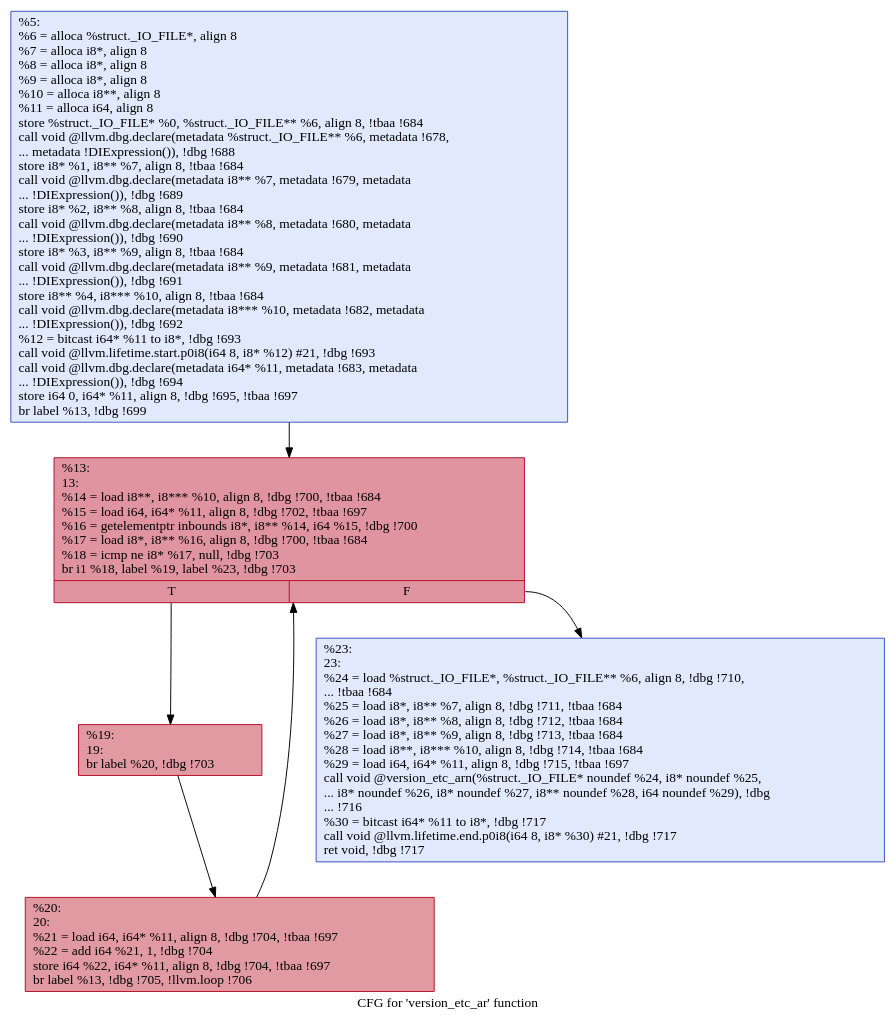
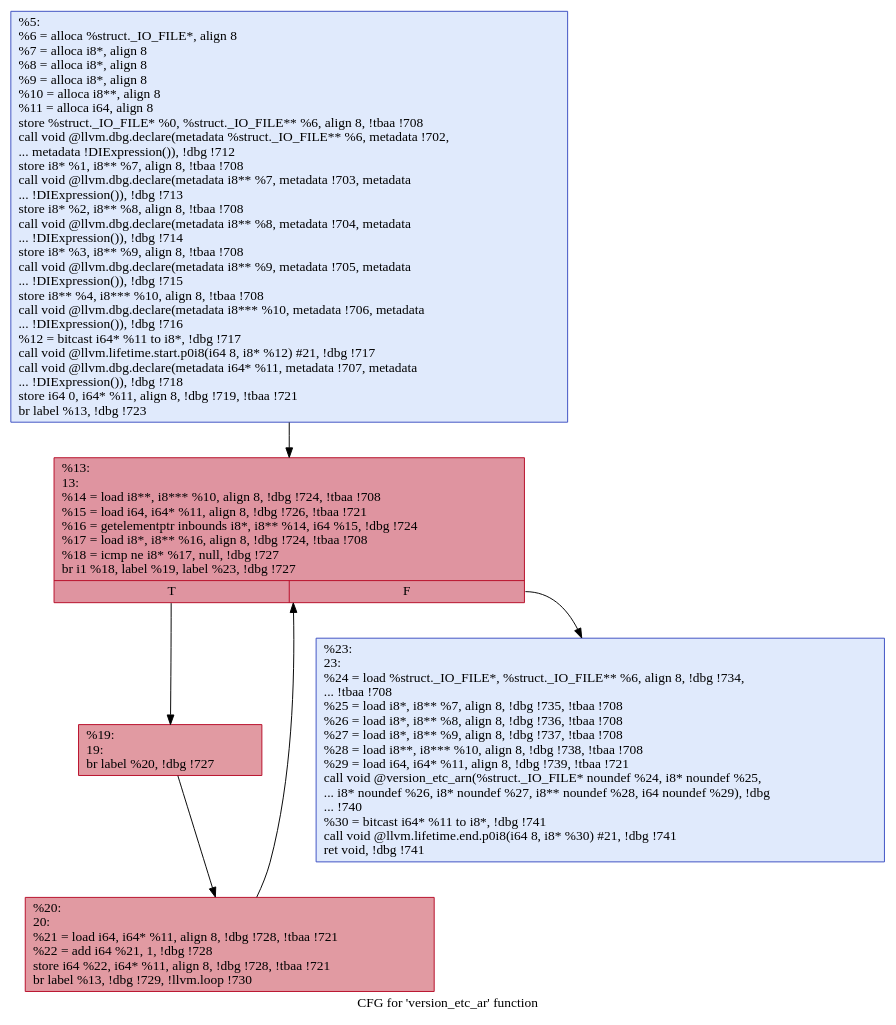
The diagram in src/experiments/coreutils/.version_etc_ar.dot (hmc-alpaqa/metrinome), drawn with Graphviz before and after one commit. The commit also changed 118 other files, not shown here.

```diff
--- a/src/experiments/coreutils/.version_etc_ar.dot
+++ b/src/experiments/coreutils/.version_etc_ar.dot
@@ -1,14 +1,14 @@
 digraph "CFG for 'version_etc_ar' function" {
 	label="CFG for 'version_etc_ar' function";
 
-	Node0x1cde4e0 [shape=record,color="#3d50c3ff", style=filled, fillcolor="#b9d0f970",label="{%5:\l  %6 = alloca %struct._IO_FILE*, align 8\l  %7 = alloca i8*, align 8\l  %8 = alloca i8*, align 8\l  %9 = alloca i8*, align 8\l  %10 = alloca i8**, align 8\l  %11 = alloca i64, align 8\l  store %struct._IO_FILE* %0, %struct._IO_FILE** %6, align 8, !tbaa !684\l  call void @llvm.dbg.declare(metadata %struct._IO_FILE** %6, metadata !678,\l... metadata !DIExpression()), !dbg !688\l  store i8* %1, i8** %7, align 8, !tbaa !684\l  call void @llvm.dbg.declare(metadata i8** %7, metadata !679, metadata\l... !DIExpression()), !dbg !689\l  store i8* %2, i8** %8, align 8, !tbaa !684\l  call void @llvm.dbg.declare(metadata i8** %8, metadata !680, metadata\l... !DIExpression()), !dbg !690\l  store i8* %3, i8** %9, align 8, !tbaa !684\l  call void @llvm.dbg.declare(metadata i8** %9, metadata !681, metadata\l... !DIExpression()), !dbg !691\l  store i8** %4, i8*** %10, align 8, !tbaa !684\l  call void @llvm.dbg.declare(metadata i8*** %10, metadata !682, metadata\l... !DIExpression()), !dbg !692\l  %12 = bitcast i64* %11 to i8*, !dbg !693\l  call void @llvm.lifetime.start.p0i8(i64 8, i8* %12) #21, !dbg !693\l  call void @llvm.dbg.declare(metadata i64* %11, metadata !683, metadata\l... !DIExpression()), !dbg !694\l  store i64 0, i64* %11, align 8, !dbg !695, !tbaa !697\l  br label %13, !dbg !699\l}"];
-	Node0x1cde4e0 -> Node0x1cde560;
-	Node0x1cde560 [shape=record,color="#b70d28ff", style=filled, fillcolor="#b70d2870",label="{%13:\l13:                                               \l  %14 = load i8**, i8*** %10, align 8, !dbg !700, !tbaa !684\l  %15 = load i64, i64* %11, align 8, !dbg !702, !tbaa !697\l  %16 = getelementptr inbounds i8*, i8** %14, i64 %15, !dbg !700\l  %17 = load i8*, i8** %16, align 8, !dbg !700, !tbaa !684\l  %18 = icmp ne i8* %17, null, !dbg !703\l  br i1 %18, label %19, label %23, !dbg !703\l|{<s0>T|<s1>F}}"];
-	Node0x1cde560:s0 -> Node0x1cde5b0;
-	Node0x1cde560:s1 -> Node0x1cde650;
-	Node0x1cde5b0 [shape=record,color="#b70d28ff", style=filled, fillcolor="#bb1b2c70",label="{%19:\l19:                                               \l  br label %20, !dbg !703\l}"];
-	Node0x1cde5b0 -> Node0x1cde600;
-	Node0x1cde600 [shape=record,color="#b70d28ff", style=filled, fillcolor="#bb1b2c70",label="{%20:\l20:                                               \l  %21 = load i64, i64* %11, align 8, !dbg !704, !tbaa !697\l  %22 = add i64 %21, 1, !dbg !704\l  store i64 %22, i64* %11, align 8, !dbg !704, !tbaa !697\l  br label %13, !dbg !705, !llvm.loop !706\l}"];
-	Node0x1cde600 -> Node0x1cde560;
-	Node0x1cde650 [shape=record,color="#3d50c3ff", style=filled, fillcolor="#b9d0f970",label="{%23:\l23:                                               \l  %24 = load %struct._IO_FILE*, %struct._IO_FILE** %6, align 8, !dbg !710,\l... !tbaa !684\l  %25 = load i8*, i8** %7, align 8, !dbg !711, !tbaa !684\l  %26 = load i8*, i8** %8, align 8, !dbg !712, !tbaa !684\l  %27 = load i8*, i8** %9, align 8, !dbg !713, !tbaa !684\l  %28 = load i8**, i8*** %10, align 8, !dbg !714, !tbaa !684\l  %29 = load i64, i64* %11, align 8, !dbg !715, !tbaa !697\l  call void @version_etc_arn(%struct._IO_FILE* noundef %24, i8* noundef %25,\l... i8* noundef %26, i8* noundef %27, i8** noundef %28, i64 noundef %29), !dbg\l... !716\l  %30 = bitcast i64* %11 to i8*, !dbg !717\l  call void @llvm.lifetime.end.p0i8(i64 8, i8* %30) #21, !dbg !717\l  ret void, !dbg !717\l}"];
+	Node0x263cf50 [shape=record,color="#3d50c3ff", style=filled, fillcolor="#b9d0f970",label="{%5:\l  %6 = alloca %struct._IO_FILE*, align 8\l  %7 = alloca i8*, align 8\l  %8 = alloca i8*, align 8\l  %9 = alloca i8*, align 8\l  %10 = alloca i8**, align 8\l  %11 = alloca i64, align 8\l  store %struct._IO_FILE* %0, %struct._IO_FILE** %6, align 8, !tbaa !708\l  call void @llvm.dbg.declare(metadata %struct._IO_FILE** %6, metadata !702,\l... metadata !DIExpression()), !dbg !712\l  store i8* %1, i8** %7, align 8, !tbaa !708\l  call void @llvm.dbg.declare(metadata i8** %7, metadata !703, metadata\l... !DIExpression()), !dbg !713\l  store i8* %2, i8** %8, align 8, !tbaa !708\l  call void @llvm.dbg.declare(metadata i8** %8, metadata !704, metadata\l... !DIExpression()), !dbg !714\l  store i8* %3, i8** %9, align 8, !tbaa !708\l  call void @llvm.dbg.declare(metadata i8** %9, metadata !705, metadata\l... !DIExpression()), !dbg !715\l  store i8** %4, i8*** %10, align 8, !tbaa !708\l  call void @llvm.dbg.declare(metadata i8*** %10, metadata !706, metadata\l... !DIExpression()), !dbg !716\l  %12 = bitcast i64* %11 to i8*, !dbg !717\l  call void @llvm.lifetime.start.p0i8(i64 8, i8* %12) #21, !dbg !717\l  call void @llvm.dbg.declare(metadata i64* %11, metadata !707, metadata\l... !DIExpression()), !dbg !718\l  store i64 0, i64* %11, align 8, !dbg !719, !tbaa !721\l  br label %13, !dbg !723\l}"];
+	Node0x263cf50 -> Node0x263cfd0;
+	Node0x263cfd0 [shape=record,color="#b70d28ff", style=filled, fillcolor="#b70d2870",label="{%13:\l13:                                               \l  %14 = load i8**, i8*** %10, align 8, !dbg !724, !tbaa !708\l  %15 = load i64, i64* %11, align 8, !dbg !726, !tbaa !721\l  %16 = getelementptr inbounds i8*, i8** %14, i64 %15, !dbg !724\l  %17 = load i8*, i8** %16, align 8, !dbg !724, !tbaa !708\l  %18 = icmp ne i8* %17, null, !dbg !727\l  br i1 %18, label %19, label %23, !dbg !727\l|{<s0>T|<s1>F}}"];
+	Node0x263cfd0:s0 -> Node0x263d020;
+	Node0x263cfd0:s1 -> Node0x263d0c0;
+	Node0x263d020 [shape=record,color="#b70d28ff", style=filled, fillcolor="#bb1b2c70",label="{%19:\l19:                                               \l  br label %20, !dbg !727\l}"];
+	Node0x263d020 -> Node0x263d070;
+	Node0x263d070 [shape=record,color="#b70d28ff", style=filled, fillcolor="#bb1b2c70",label="{%20:\l20:                                               \l  %21 = load i64, i64* %11, align 8, !dbg !728, !tbaa !721\l  %22 = add i64 %21, 1, !dbg !728\l  store i64 %22, i64* %11, align 8, !dbg !728, !tbaa !721\l  br label %13, !dbg !729, !llvm.loop !730\l}"];
+	Node0x263d070 -> Node0x263cfd0;
+	Node0x263d0c0 [shape=record,color="#3d50c3ff", style=filled, fillcolor="#b9d0f970",label="{%23:\l23:                                               \l  %24 = load %struct._IO_FILE*, %struct._IO_FILE** %6, align 8, !dbg !734,\l... !tbaa !708\l  %25 = load i8*, i8** %7, align 8, !dbg !735, !tbaa !708\l  %26 = load i8*, i8** %8, align 8, !dbg !736, !tbaa !708\l  %27 = load i8*, i8** %9, align 8, !dbg !737, !tbaa !708\l  %28 = load i8**, i8*** %10, align 8, !dbg !738, !tbaa !708\l  %29 = load i64, i64* %11, align 8, !dbg !739, !tbaa !721\l  call void @version_etc_arn(%struct._IO_FILE* noundef %24, i8* noundef %25,\l... i8* noundef %26, i8* noundef %27, i8** noundef %28, i64 noundef %29), !dbg\l... !740\l  %30 = bitcast i64* %11 to i8*, !dbg !741\l  call void @llvm.lifetime.end.p0i8(i64 8, i8* %30) #21, !dbg !741\l  ret void, !dbg !741\l}"];
 }
```
